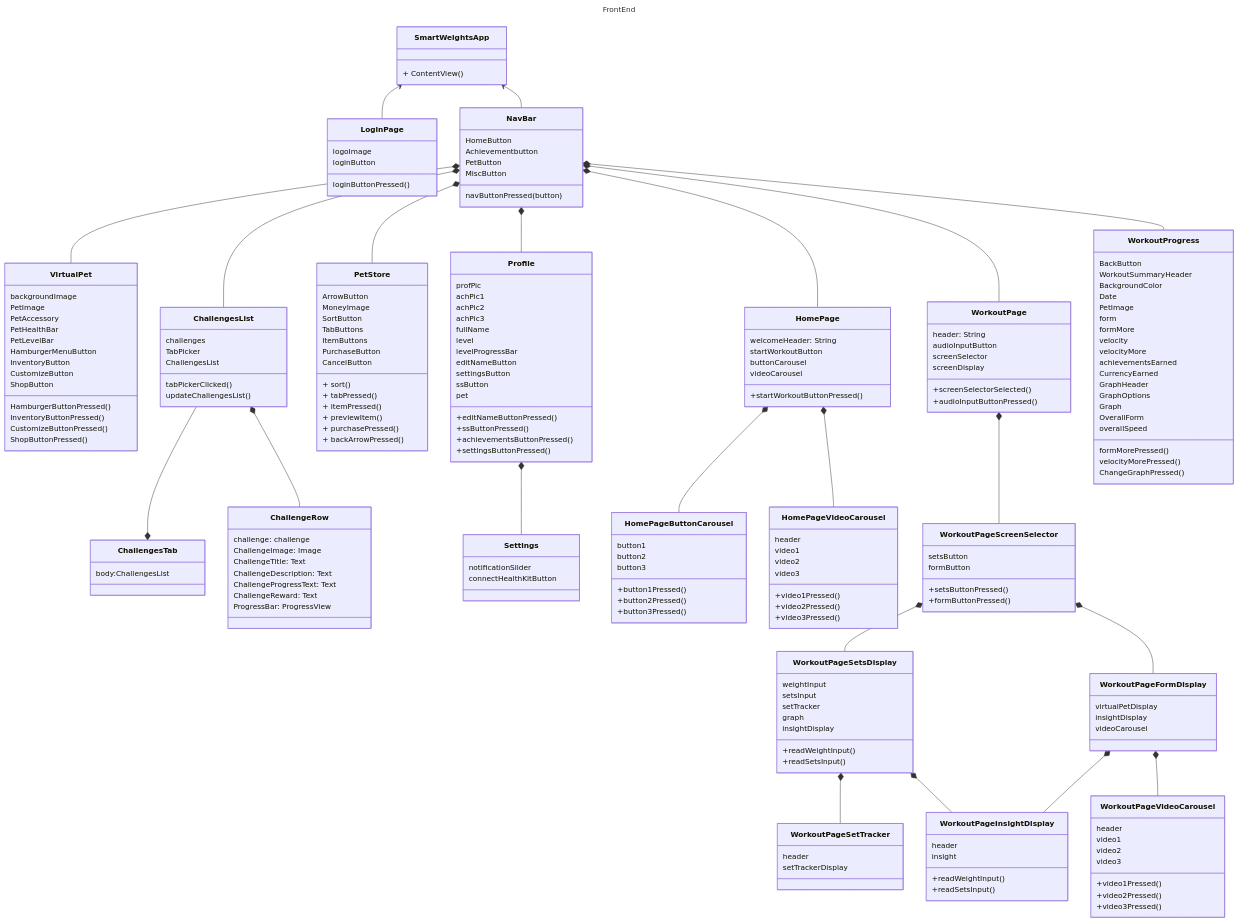
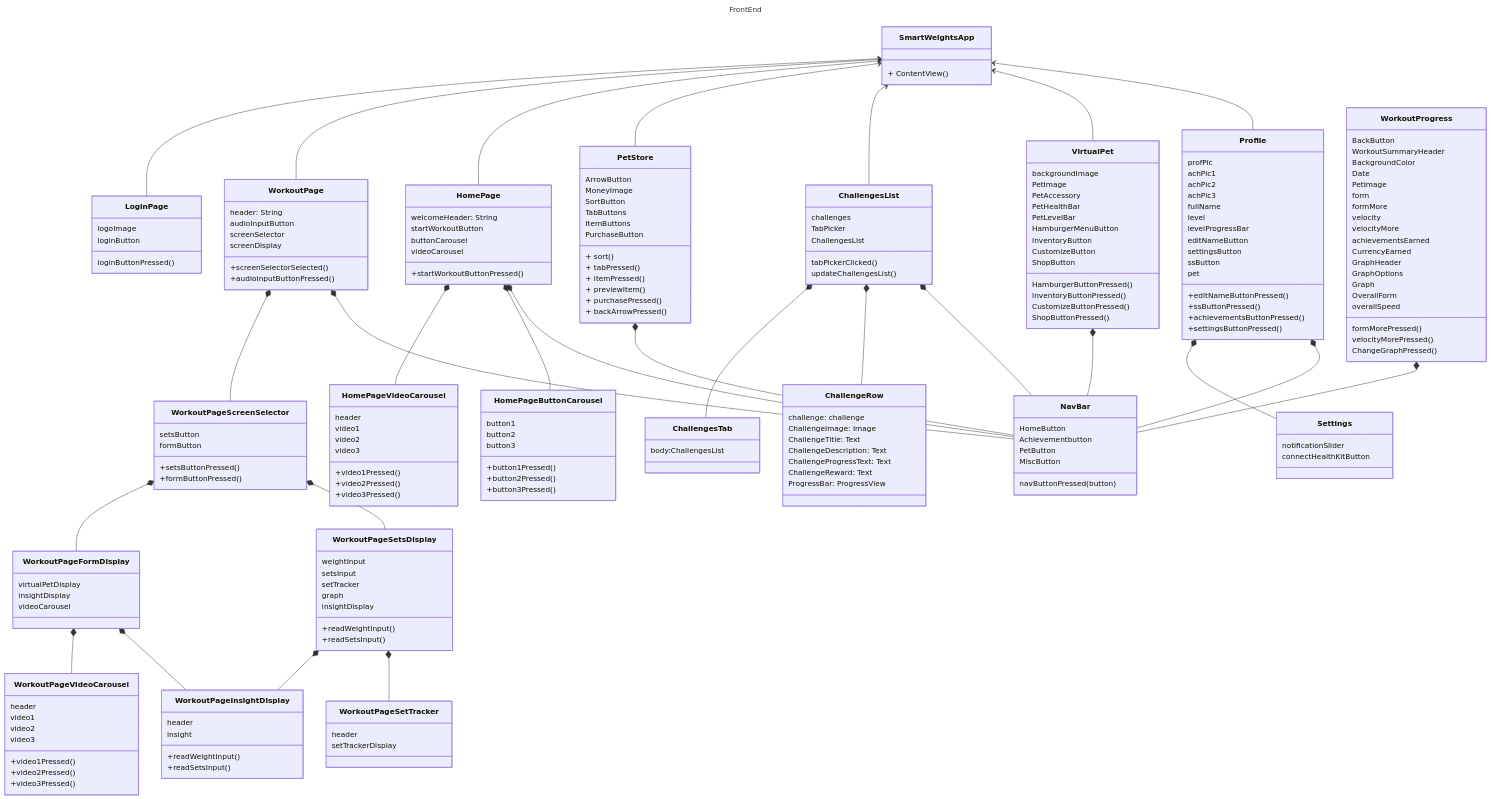
The first of 2 diagrams in documentation/docs/system-architecture/class-diagrams.md (Capstone-Projects-2024-Spring/project-smartweights), drawn with Mermaid before and after one commit.

````diff
--- a/documentation/docs/system-architecture/class-diagrams.md
+++ b/documentation/docs/system-architecture/class-diagrams.md
@@ -19,7 +19,7 @@
    class SmartWeightsApp{
     + ContentView()
    }
-  %%    class MainApp{
+%%    class MainApp{
 
 %%    }
    class LoginPage{
@@ -27,13 +27,7 @@
     loginButton
     loginButtonPressed()
    }
-    class NavBar{
-    HomeButton
-    Achievementbutton
-    PetButton
-    MiscButton
-    navButtonPressed(button)
-   }
+   
    class VirtualPet{
     backgroundImage
     PetImage
@@ -76,7 +70,7 @@
     TabButtons
     ItemButtons
     PurchaseButton
-    CancelButton
+    %% CancelButton
     + sort()
     + tabPressed()
     + itemPressed()
@@ -161,6 +155,7 @@
         insightDisplay
         videoCarousel
     }
+    
     class WorkoutPageSetTracker{
         header
         setTrackerDisplay
@@ -181,6 +176,13 @@
         +video3Pressed()
 
     }
+     class NavBar{
+    HomeButton
+    Achievementbutton
+    PetButton
+    MiscButton
+    navButtonPressed(button)
+   }
     class WorkoutProgress{
         BackButton
         WorkoutSummaryHeader
@@ -203,25 +205,33 @@
         ChangeGraphPressed()
 
     }
-   
+    
+  
+
+    SmartWeightsApp <-- Profile
+    SmartWeightsApp <-- VirtualPet
+    SmartWeightsApp <-- ChallengesList
+    SmartWeightsApp <-- PetStore
+    SmartWeightsApp <-- HomePage
+    SmartWeightsApp <-- WorkoutPage
+     
     SmartWeightsApp <-- LoginPage
-
-    %% SmartWeightsApp <-- Profile
-    %% SmartWeightsApp <-- VirtualPet
-    %% SmartWeightsApp <-- ChallengesList
-    %% SmartWeightsApp <-- PetStore
-    %% SmartWeightsApp <-- HomePage
-    %% SmartWeightsApp <-- WorkoutPage
     %% MainApp *-- NavBar
-    SmartWeightsApp <-- NavBar
-    NavBar *-- Profile
-    NavBar *-- VirtualPet
-    NavBar *-- ChallengesList
-    NavBar *-- PetStore
-    NavBar *-- HomePage
-    NavBar *-- WorkoutPage
-    NavBar *-- WorkoutProgress
-
+    
+    %% NavBar --* Profile
+    %% NavBar --* VirtualPet
+    %% NavBar --* ChallengesList
+    %% NavBar --* PetStore
+    %% NavBar --* HomePage
+    %% NavBar --* WorkoutPage
+    %% NavBar --* WorkoutProgress
+        Profile *-- NavBar
+        VirtualPet *-- NavBar
+        ChallengesList *-- NavBar
+        PetStore *-- NavBar
+        HomePage *-- NavBar
+        WorkoutPage *-- NavBar
+        WorkoutProgress *-- NavBar
     
     %% NavBar --o Profile
     %% NavBar --o VirtualPet
@@ -245,7 +255,6 @@
     
    
     ChallengesList *-- ChallengeRow
-    ChallengesList --* ChallengesTab
+    ChallengesList *-- ChallengesTab
     
-
 ```
````
